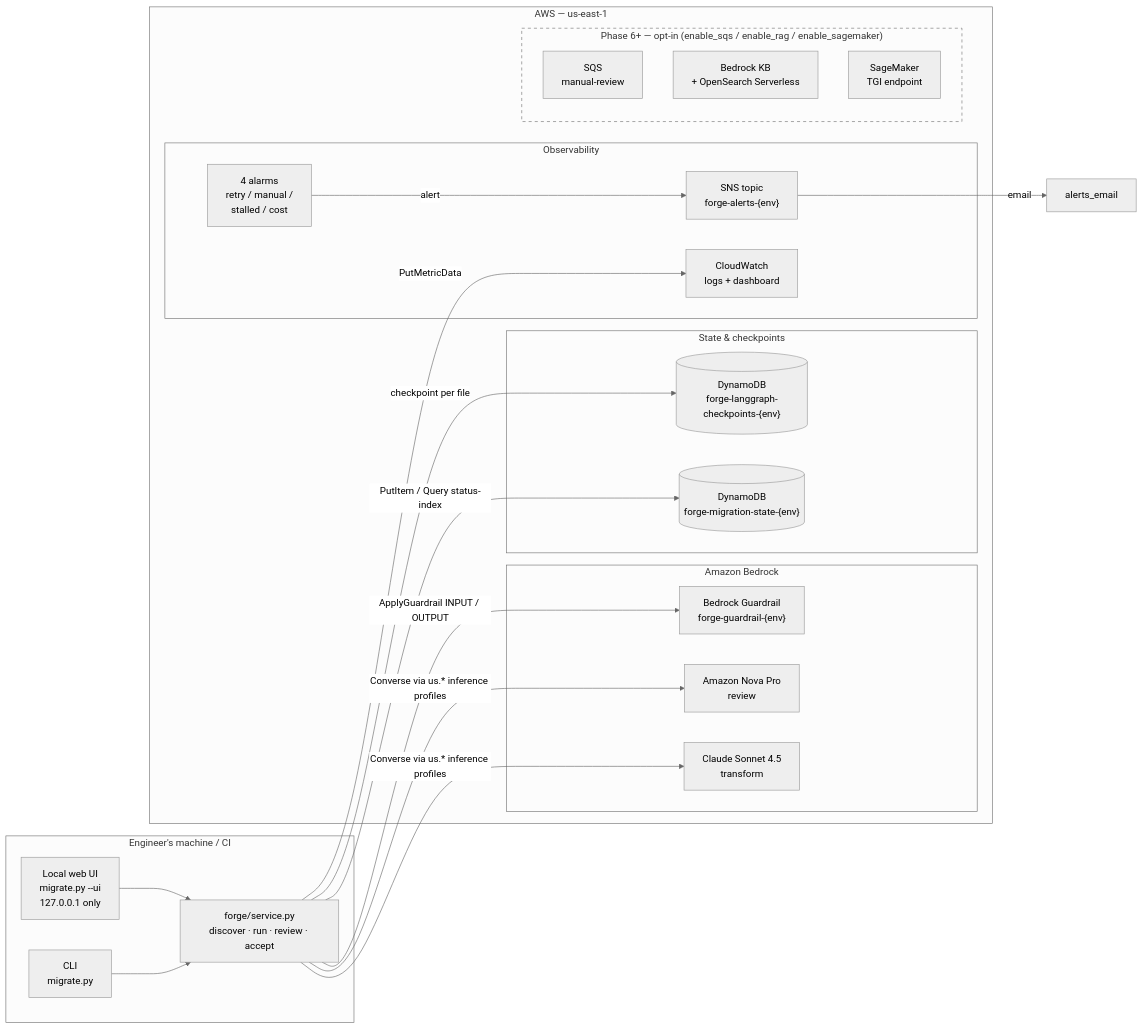
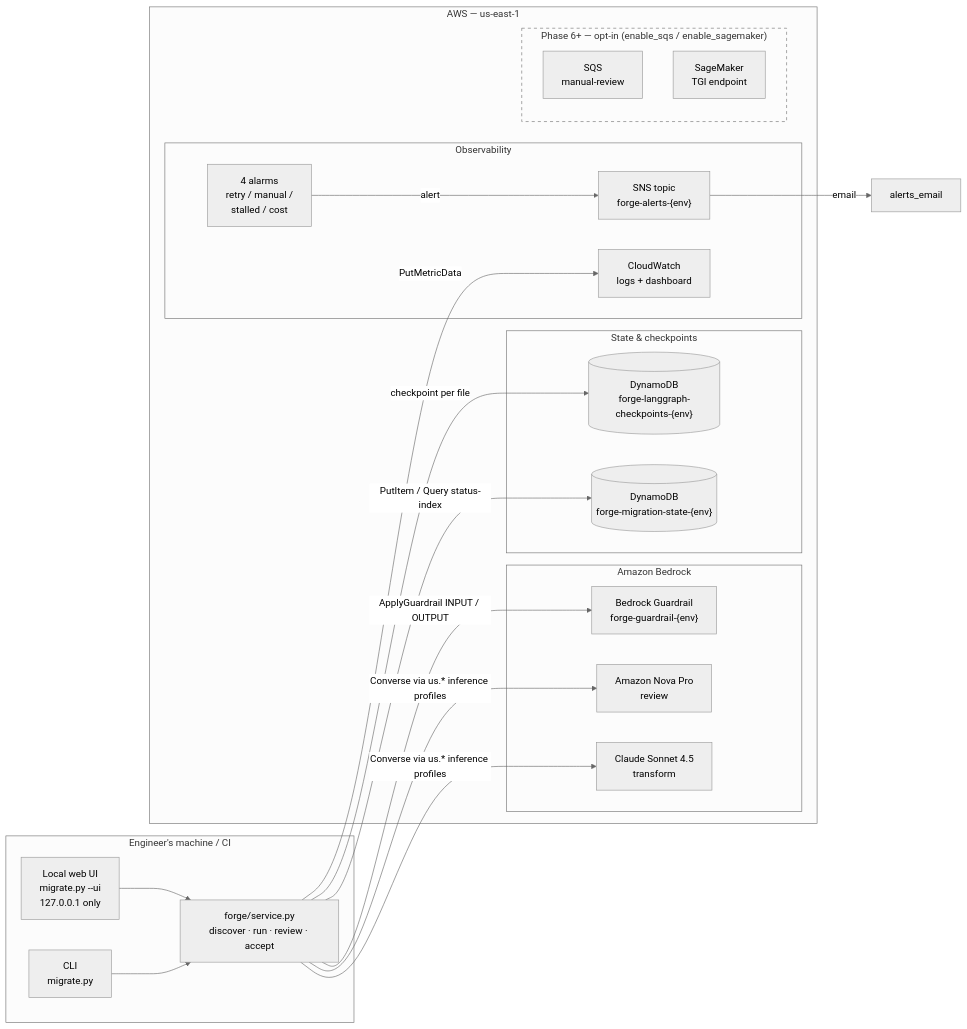
Before and after one commit to anche-raja/forge-platform: the first of 2 diagrams in README.md, drawn with Mermaid (neutral theme). The commit also changed other lines of this file and 22 other files, not shown here.

````diff
--- a/README.md
+++ b/README.md
@@ -17,46 +17,45 @@
 ```mermaid
 flowchart LR
     subgraph Client["Engineer's machine / CI"]
         UI["Local web UI<br/>migrate.py --ui<br/>127.0.0.1 only"]
         CLI["CLI<br/>migrate.py"]
         SVC["forge/service.py<br/>discover · run · review · accept"]
         UI --> SVC
         CLI --> SVC
     end
 
     subgraph AWS["AWS — us-east-1"]
         subgraph Bedrock["Amazon Bedrock"]
             CLAUDE["Claude Sonnet 4.5<br/>transform"]
             NOVA["Amazon Nova Pro<br/>review"]
             GR["Bedrock Guardrail<br/>forge-guardrail-{env}"]
         end
 
         subgraph State["State & checkpoints"]
             DDB1[("DynamoDB<br/>forge-migration-state-{env}")]
             DDB2[("DynamoDB<br/>forge-langgraph-checkpoints-{env}")]
         end
 
         subgraph Obs["Observability"]
             CW["CloudWatch<br/>logs + dashboard"]
             SNS["SNS topic<br/>forge-alerts-{env}"]
             ALARMS["4 alarms<br/>retry / manual /<br/>stalled / cost"]
         end
 
-        subgraph Phase6["Phase 6+ — opt-in (enable_sqs / enable_rag / enable_sagemaker)"]
+        subgraph Phase6["Phase 6+ — opt-in (enable_sqs / enable_sagemaker)"]
             SQS["SQS<br/>manual-review"]
-            KB["Bedrock KB<br/>+ OpenSearch Serverless"]
             SM["SageMaker<br/>TGI endpoint"]
         end
     end
 
     SVC -->|Converse via us.* inference profiles| CLAUDE
     SVC -->|Converse via us.* inference profiles| NOVA
     SVC -->|ApplyGuardrail INPUT / OUTPUT| GR
     SVC -->|PutItem / Query status-index| DDB1
     SVC -->|checkpoint per file| DDB2
     SVC -->|PutMetricData| CW
     ALARMS -->|alert| SNS
     SNS -->|email| USER["alerts_email"]
 
     style Phase6 stroke-dasharray: 5 5
 ```
````
